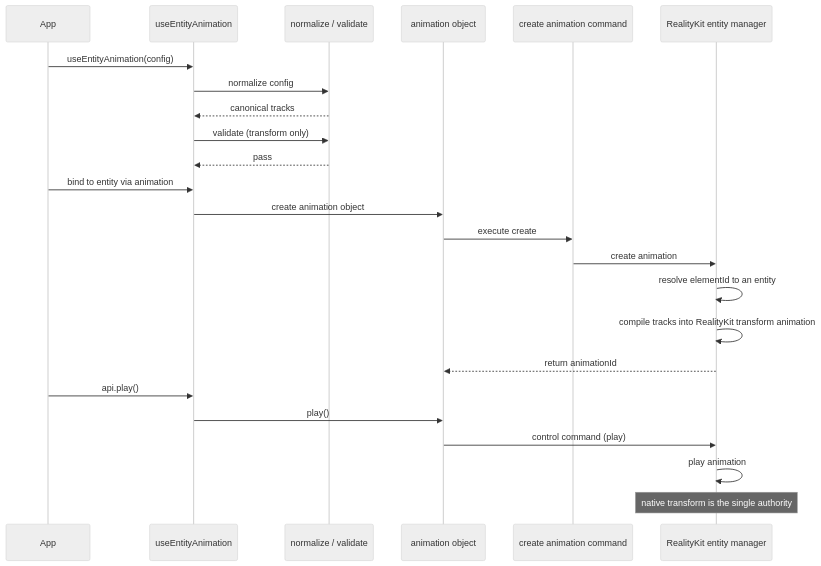
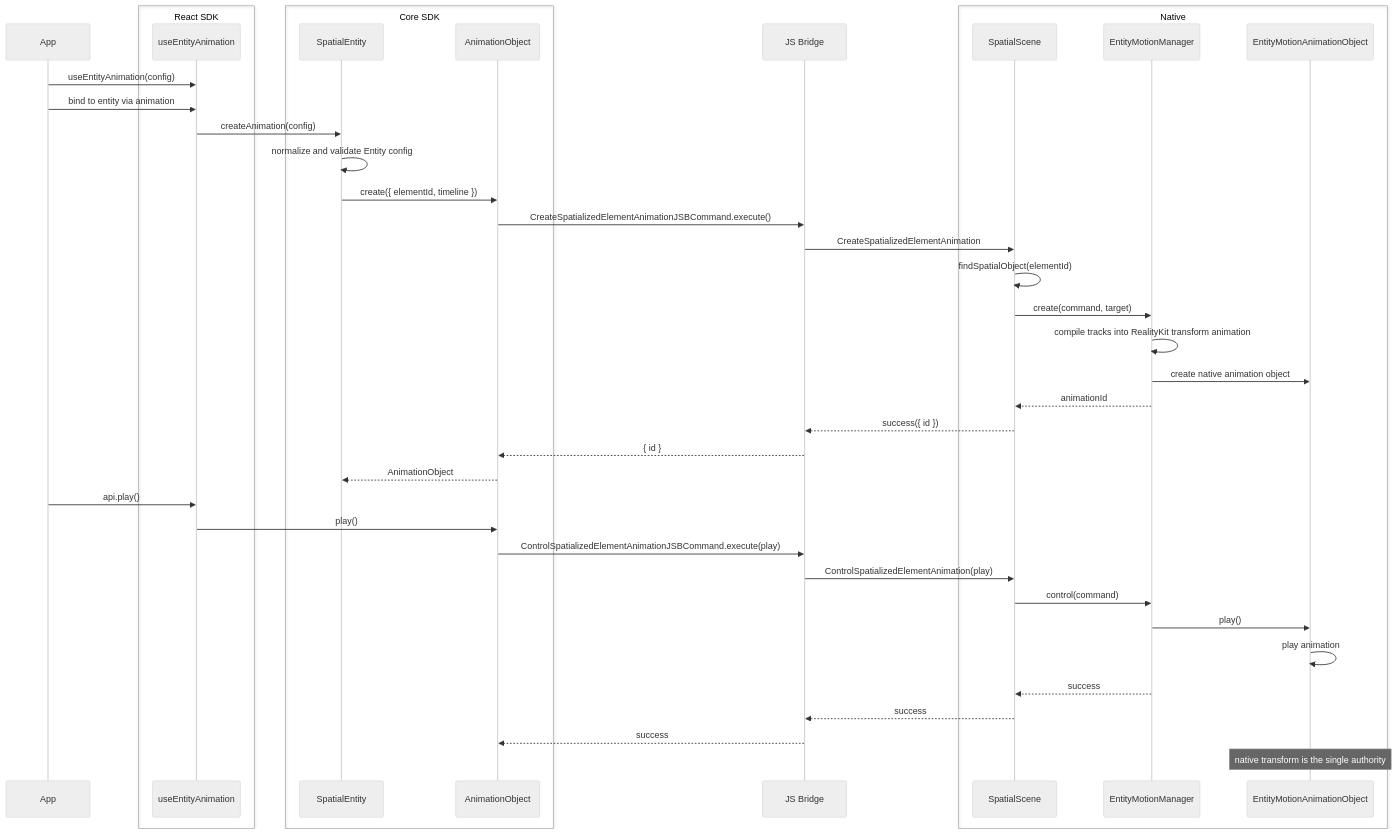
One commit to webspatial/webspatial-sdk changed the third of 14 diagrams in openspec/changes/redesign-entity-motion-api/design.md. Above: the diagram before and after it, drawn with Mermaid (neutral theme). The commit also changed other lines of this file and 3 other files, not shown here.

Commit message:
update spec structure and diagram

````diff
--- a/openspec/changes/redesign-entity-motion-api/design.md
+++ b/openspec/changes/redesign-entity-motion-api/design.md
@@ -290,27 +364,44 @@
 ```mermaid
 sequenceDiagram
-    participant App as App
-    participant Hook as useEntityAnimation
-    participant Core as normalize / validate
-    participant Obj as animation object
-    participant JSB as create animation command
-    participant Native as RealityKit entity manager
+    participant App
+    box React SDK
+        participant Hook as useEntityAnimation
+    end
+    box Core SDK
+        participant Entity as SpatialEntity
+        participant Obj as AnimationObject
+    end
+    participant Bridge as JS Bridge
+    box Native
+        participant Scene as SpatialScene
+        participant Manager as EntityMotionManager
+        participant NativeObj as EntityMotionAnimationObject
+    end
 
     App->>Hook: useEntityAnimation(config)
-    Hook->>Core: normalize config
-    Core-->>Hook: canonical tracks
-    Hook->>Core: validate (transform only)
-    Core-->>Hook: pass
     App->>Hook: bind to entity via animation
-    Hook->>Obj: create animation object
-    Obj->>JSB: execute create
-    JSB->>Native: create animation
-    Native->>Native: resolve elementId to an entity
-    Native->>Native: compile tracks into RealityKit transform animation
-    Native-->>Obj: return animationId
+    Hook->>Entity: createAnimation(config)
+    Entity->>Entity: normalize and validate Entity config
+    Entity->>Obj: create({ elementId, timeline })
+    Obj->>Bridge: CreateSpatializedElementAnimationJSBCommand.execute()
+    Bridge->>Scene: CreateSpatializedElementAnimation
+    Scene->>Scene: findSpatialObject(elementId)
+    Scene->>Manager: create(command, target)
+    Manager->>Manager: compile tracks into RealityKit transform animation
+    Manager->>NativeObj: create native animation object
+    Manager-->>Scene: animationId
+    Scene-->>Bridge: success({ id })
+    Bridge-->>Obj: { id }
+    Obj-->>Entity: AnimationObject
     App->>Hook: api.play()
     Hook->>Obj: play()
-    Obj->>Native: control command (play)
-    Native->>Native: play animation
-    Note over Native: native transform is the single authority
+    Obj->>Bridge: ControlSpatializedElementAnimationJSBCommand.execute(play)
+    Bridge->>Scene: ControlSpatializedElementAnimation(play)
+    Scene->>Manager: control(command)
+    Manager->>NativeObj: play()
+    NativeObj->>NativeObj: play animation
+    Manager-->>Scene: success
+    Scene-->>Bridge: success
+    Bridge-->>Obj: success
+    Note over NativeObj: native transform is the single authority
 ```
````
